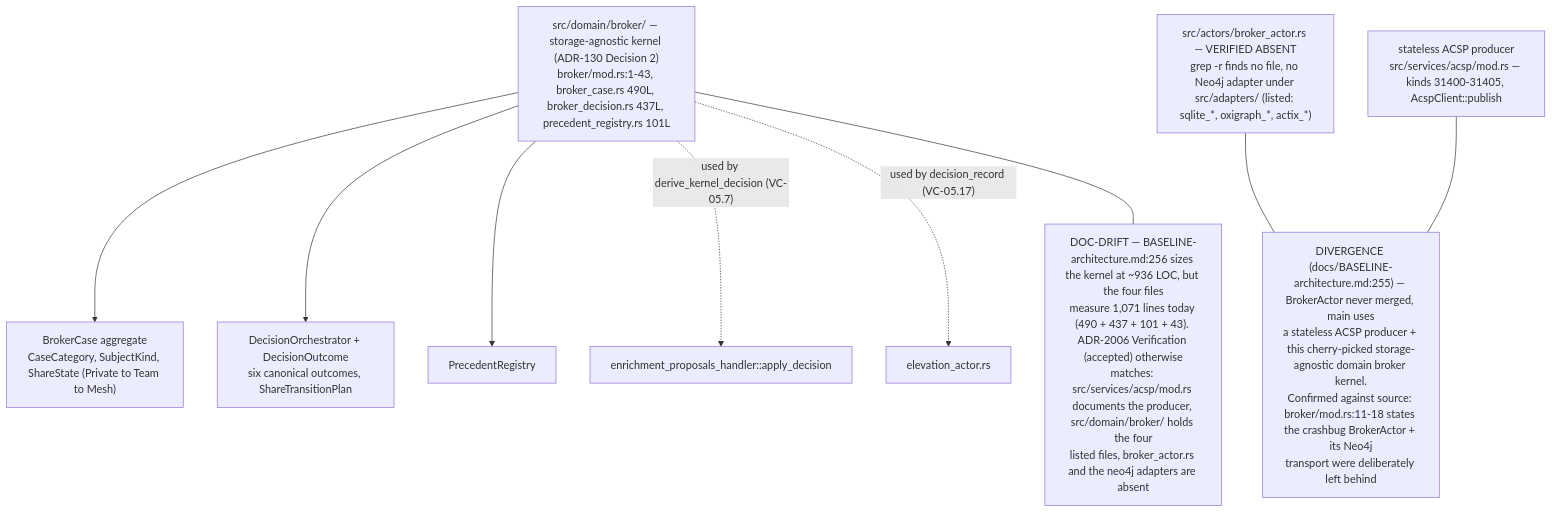
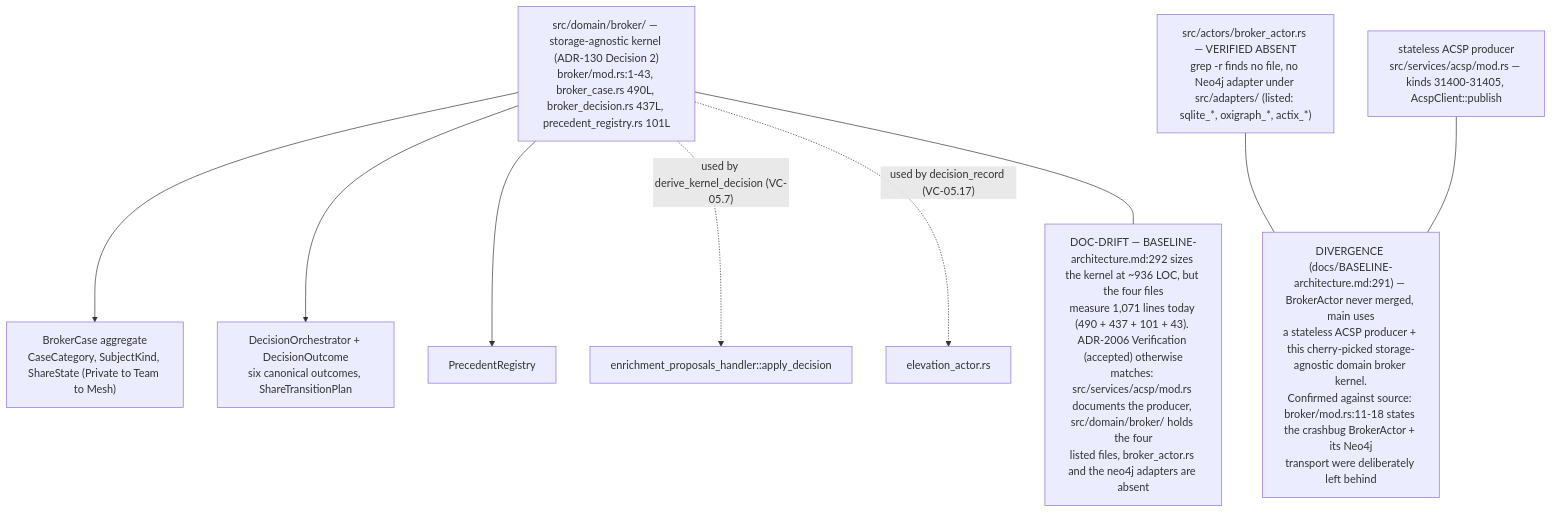
Diagram 15 of 15 in docs/diagrams/visionclaw/05-handlers-governance-and-identity.md (DreamLab-AI/VisionFlow), drawn with Mermaid before and after one commit. The commit also changed other lines of this file and 160 other files, not shown here.

````diff
--- a/docs/diagrams/visionclaw/05-handlers-governance-and-identity.md
+++ b/docs/diagrams/visionclaw/05-handlers-governance-and-identity.md
@@ -784,19 +790,19 @@
 ```mermaid
 flowchart TB
     KERNEL["src/domain/broker/ — storage-agnostic kernel (ADR-130 Decision 2)<br/>broker/mod.rs:1-43, broker_case.rs 490L, broker_decision.rs 437L, precedent_registry.rs 101L"]
     BC["BrokerCase aggregate<br/>CaseCategory, SubjectKind, ShareState (Private to Team to Mesh)"]
     BD["DecisionOrchestrator + DecisionOutcome<br/>six canonical outcomes, ShareTransitionPlan"]
     PR["PrecedentRegistry"]
     KERNEL --> BC
     KERNEL --> BD
     KERNEL --> PR
     ACSP["stateless ACSP producer<br/>src/services/acsp/mod.rs — kinds 31400-31405, AcspClient::publish"]
     ABSENT["src/actors/broker_actor.rs — VERIFIED ABSENT<br/>grep -r finds no file, no Neo4j adapter under src/adapters/ (listed: sqlite_*, oxigraph_*, actix_*)"]
     KERNEL -.->|"used by derive_kernel_decision (VC-05.7)"| CALLER["enrichment_proposals_handler::apply_decision"]
     KERNEL -.->|"used by decision_record (VC-05.17)"| CALLER2["elevation_actor.rs"]
-    N1["DIVERGENCE (docs/BASELINE-architecture.md:255) — BrokerActor never merged, main uses<br/>a stateless ACSP producer + this cherry-picked storage-agnostic domain broker kernel.<br/>Confirmed against source: broker/mod.rs:11-18 states the crashbug BrokerActor + its Neo4j<br/>transport were deliberately left behind"]
+    N1["DIVERGENCE (docs/BASELINE-architecture.md:291) — BrokerActor never merged, main uses<br/>a stateless ACSP producer + this cherry-picked storage-agnostic domain broker kernel.<br/>Confirmed against source: broker/mod.rs:11-18 states the crashbug BrokerActor + its Neo4j<br/>transport were deliberately left behind"]
     ABSENT --- N1
     ACSP --- N1
-    N2["DOC-DRIFT — BASELINE-architecture.md:256 sizes the kernel at ~936 LOC, but the four files<br/>measure 1,071 lines today (490 + 437 + 101 + 43). ADR-2006 Verification (accepted) otherwise<br/>matches: src/services/acsp/mod.rs documents the producer, src/domain/broker/ holds the four<br/>listed files, broker_actor.rs and the neo4j adapters are absent"]
+    N2["DOC-DRIFT — BASELINE-architecture.md:292 sizes the kernel at ~936 LOC, but the four files<br/>measure 1,071 lines today (490 + 437 + 101 + 43). ADR-2006 Verification (accepted) otherwise<br/>matches: src/services/acsp/mod.rs documents the producer, src/domain/broker/ holds the four<br/>listed files, broker_actor.rs and the neo4j adapters are absent"]
     KERNEL --- N2
 ```
````
